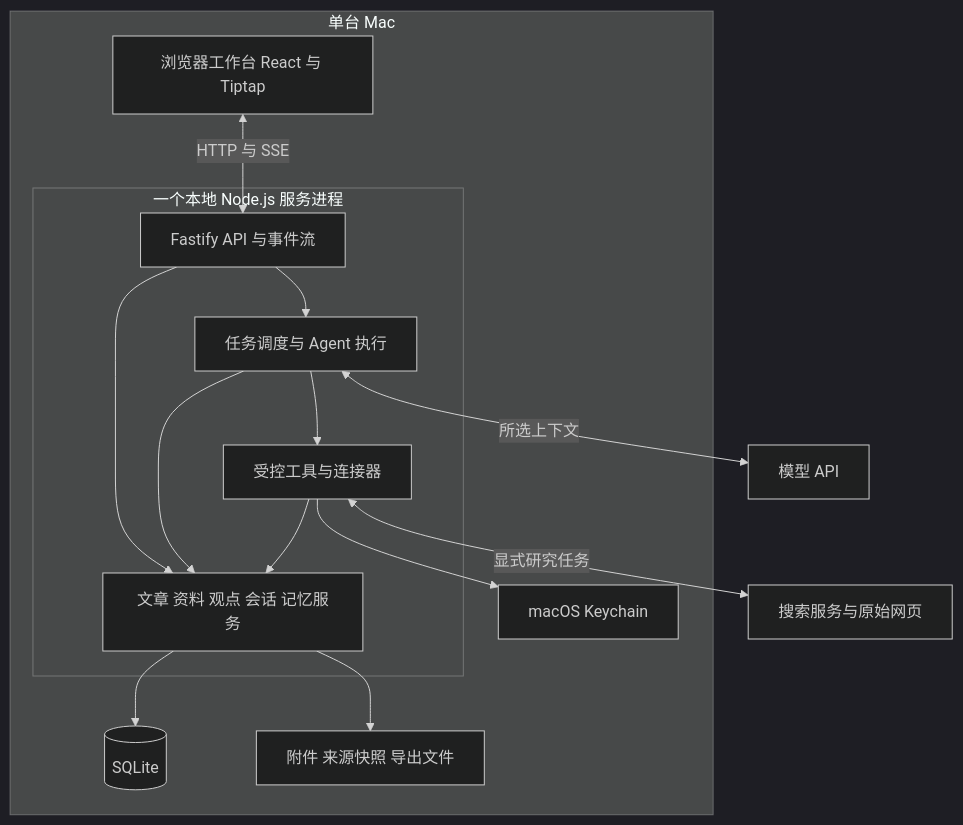
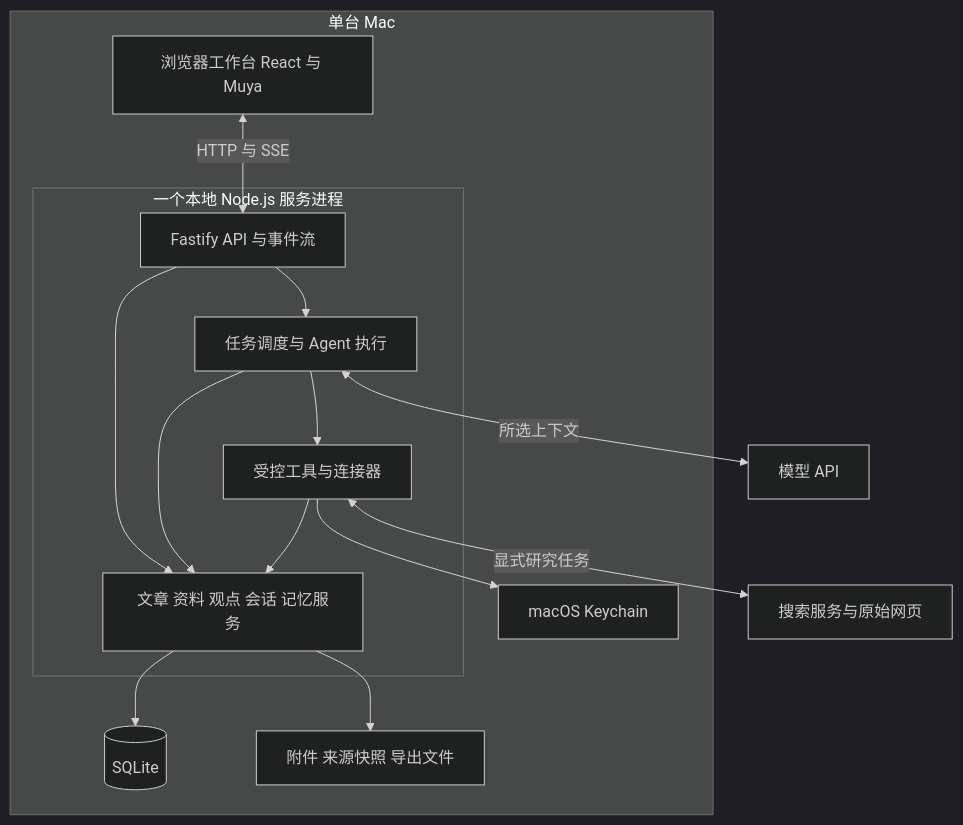
The diagram in docs/architecture/local-macos-mvp.md (lotusp/inkling), drawn with Mermaid (dark theme) before and after one commit. The commit also changed other lines of this file and 59 other files, not shown here.

````diff
--- a/docs/architecture/local-macos-mvp.md
+++ b/docs/architecture/local-macos-mvp.md
@@ -37,26 +37,26 @@
 ```mermaid
 flowchart TB
   subgraph Mac[单台 Mac]
-    UI[浏览器工作台 React 与 Tiptap]
+    UI[浏览器工作台 React 与 Muya]
     subgraph Service[一个本地 Node.js 服务进程]
       API[Fastify API 与事件流]
       Domain[文章 资料 观点 会话 记忆服务]
       Runner[任务调度与 Agent 执行]
       Tools[受控工具与连接器]
       API --> Domain
       API --> Runner
       Runner --> Domain
       Runner --> Tools
     end
     DB[(SQLite)]
     Files[附件 来源快照 导出文件]
     Secrets[macOS Keychain]
     UI <-->|HTTP 与 SSE| API
     Domain --> DB
     Domain --> Files
     Tools --> Domain
     Tools --> Secrets
   end
   Runner <-->|所选上下文| Model[模型 API]
   Tools <-->|显式研究任务| Web[搜索服务与原始网页]
 ```
````
